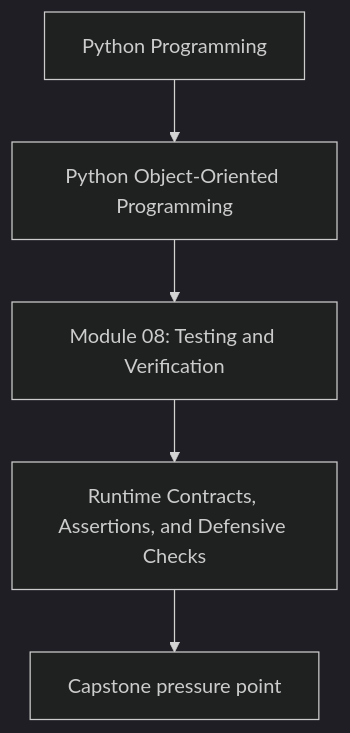
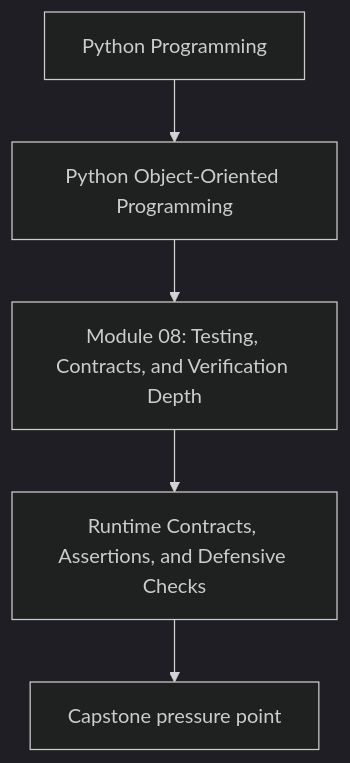
One commit to bijux/bijux-masterclass changed the first of 2 diagrams in programs/python-programming/python-object-oriented-programming/course-book/module-08-testing-and-verification/runtime-contracts-assertions-and-defensive-checks.md. Above: the diagram before and after it, drawn with Mermaid (dark theme). The commit also changed 241 other files, not shown here.

````diff
--- a/programs/python-programming/python-object-oriented-programming/course-book/module-08-testing-and-verification/runtime-contracts-assertions-and-defensive-checks.md
+++ b/programs/python-programming/python-object-oriented-programming/course-book/module-08-testing-and-verification/runtime-contracts-assertions-and-defensive-checks.md
@@ -7,7 +7,7 @@
 ```mermaid
 flowchart TD
   family["Python Programming"] --> program["Python Object-Oriented Programming"]
-  program --> module["Module 08: Testing and Verification"]
+  program --> module["Module 08: Testing, Contracts, and Verification Depth"]
   module --> concept["Runtime Contracts, Assertions, and Defensive Checks"]
   concept --> capstone["Capstone pressure point"]
 ```
````
